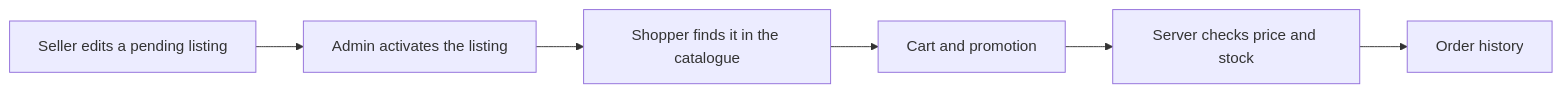
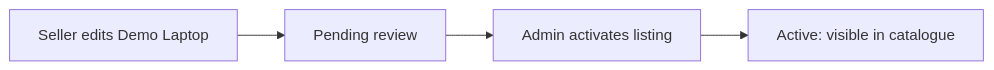
The first of 2 diagrams in docs/PROJECT-MAP.md (chinyizheishuman/eduvo-mvc-modernization), drawn with Mermaid before and after one commit. The commit also changed other lines of this file and 4 other files, not shown here.

Commit message:
docs: reconcile project story, evidence, demo and test history

````diff
--- a/docs/PROJECT-MAP.md
+++ b/docs/PROJECT-MAP.md
@@ -5,8 +9,6 @@
 ```mermaid
 flowchart LR
-    Seller["Seller edits a pending listing"] --> Admin["Admin activates the listing"]
-    Admin --> Catalogue["Shopper finds it in the catalogue"]
-    Catalogue --> Cart["Cart and promotion"]
-    Cart --> Checkout["Server checks price and stock"]
-    Checkout --> Order["Order history"]
+    S["Seller edits Demo Laptop"] --> P["Pending review"]
+    P --> A["Admin activates listing"]
+    A --> V["Active: visible in catalogue"]
 ```
````
